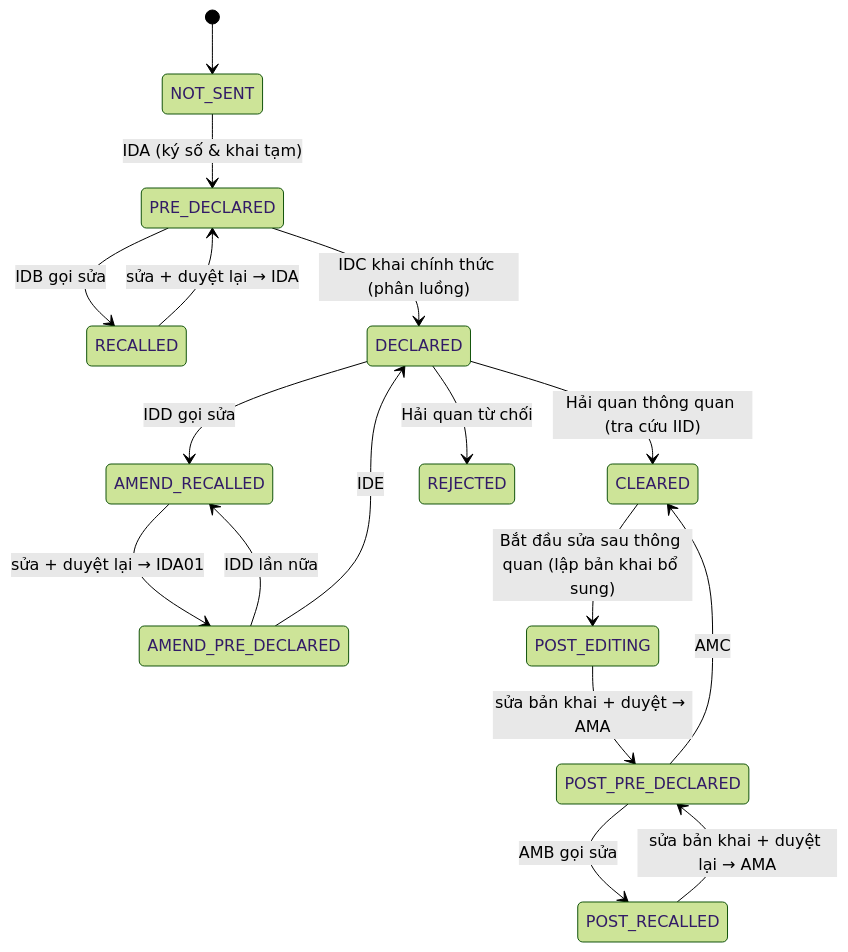
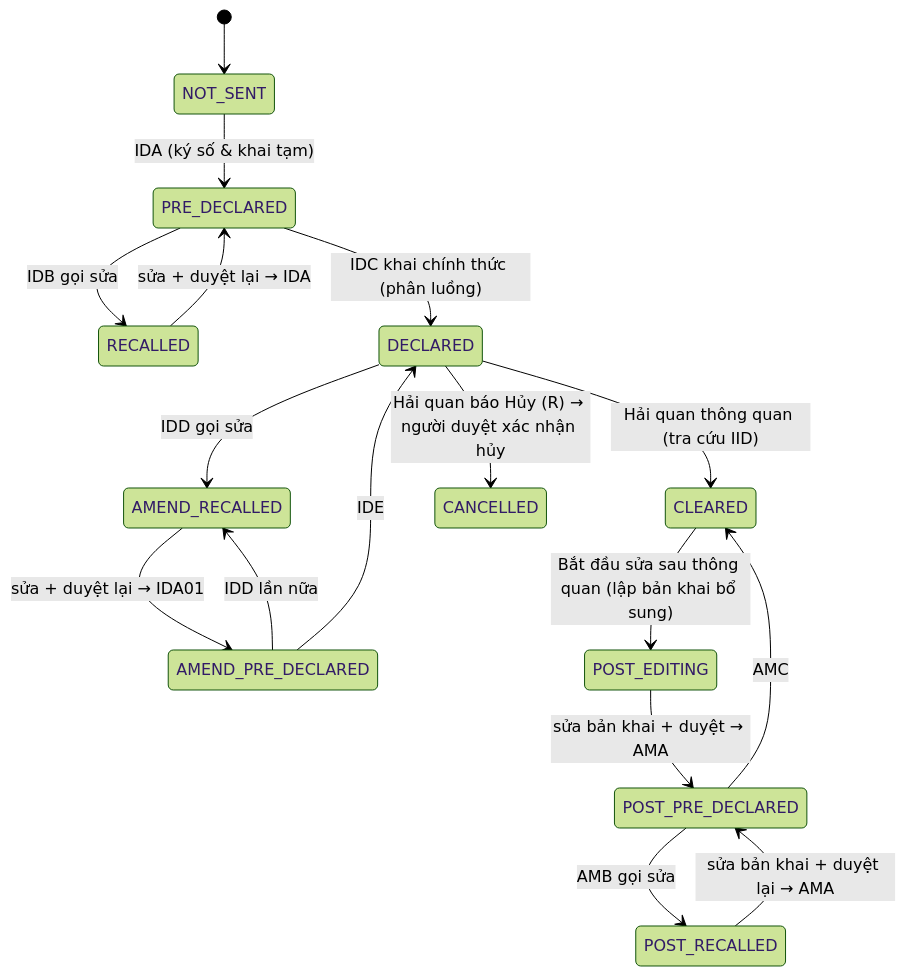
Before and after one commit to minhnhacmu2308/chung-tu-hq: the seventh of 8 diagrams in docs/QUY-TRINH-NGHIEP-VU.md, drawn with Mermaid (forest theme). The commit also changed other lines of this file and 40 other files, not shown here.

````diff
--- a/docs/QUY-TRINH-NGHIEP-VU.md
+++ b/docs/QUY-TRINH-NGHIEP-VU.md
@@ -317,19 +317,19 @@
 ```mermaid
 stateDiagram-v2
   [*] --> NOT_SENT
   NOT_SENT --> PRE_DECLARED: IDA (ký số & khai tạm)
   PRE_DECLARED --> RECALLED: IDB gọi sửa
   RECALLED --> PRE_DECLARED: sửa + duyệt lại → IDA
   PRE_DECLARED --> DECLARED: IDC khai chính thức (phân luồng)
   DECLARED --> AMEND_RECALLED: IDD gọi sửa
   AMEND_RECALLED --> AMEND_PRE_DECLARED: sửa + duyệt lại → IDA01
   AMEND_PRE_DECLARED --> AMEND_RECALLED: IDD lần nữa
   AMEND_PRE_DECLARED --> DECLARED: IDE
   DECLARED --> CLEARED: Hải quan thông quan (tra cứu IID)
   CLEARED --> POST_EDITING: Bắt đầu sửa sau thông quan (lập bản khai bổ sung)
   POST_EDITING --> POST_PRE_DECLARED: sửa bản khai + duyệt → AMA
   POST_PRE_DECLARED --> POST_RECALLED: AMB gọi sửa
   POST_RECALLED --> POST_PRE_DECLARED: sửa bản khai + duyệt lại → AMA
   POST_PRE_DECLARED --> CLEARED: AMC
-  DECLARED --> REJECTED: Hải quan từ chối
+  DECLARED --> CANCELLED: Hải quan báo Hủy (R) → người duyệt xác nhận hủy
 ```
````
